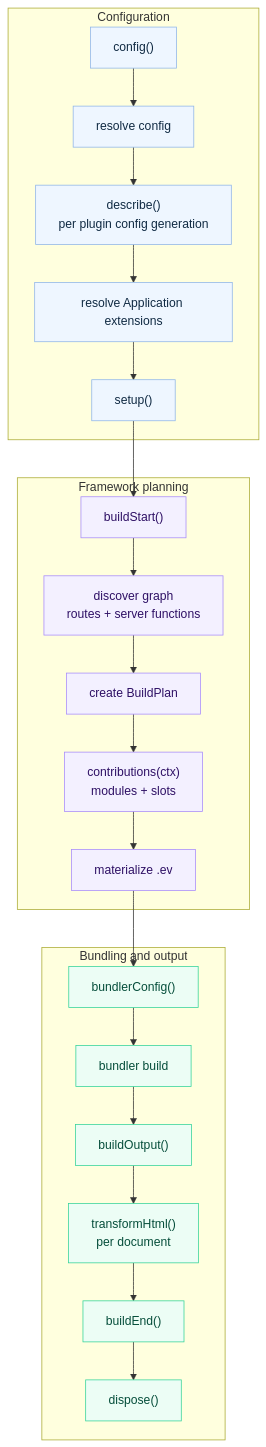
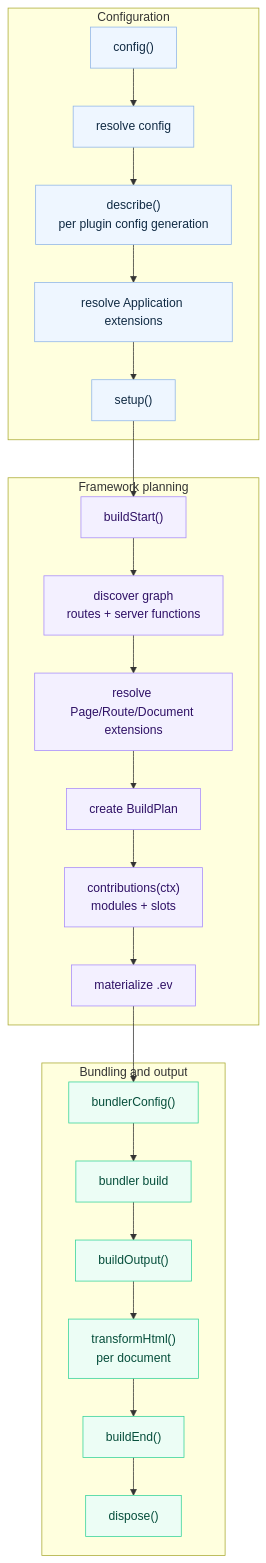
Before and after one commit to afx-team/evjs: the diagram in docs/docs/plugins.md, drawn with Mermaid. The commit also changed other lines of this file and 66 other files, not shown here.

````diff
--- a/docs/docs/plugins.md
+++ b/docs/docs/plugins.md
@@ -274,38 +283,39 @@
 ```mermaid
 flowchart TB
   subgraph Configure["Configuration"]
     Config["config()"]
     Resolve["resolve config"]
     Describe["describe()\nper plugin config generation"]
     AppExtensions["resolve Application extensions"]
     Setup["setup()"]
   end
 
   subgraph Plan["Framework planning"]
     BuildStart["buildStart()"]
     Graph["discover graph\nroutes + server functions"]
+    GraphExtensions["resolve Page/Route/Document extensions"]
     BuildPlan["create BuildPlan"]
     Contributions["contributions(ctx)\nmodules + slots"]
     IR["materialize .ev"]
   end
 
   subgraph Build["Bundling and output"]
     BundlerConfig["bundlerConfig()"]
     Bundler["bundler build"]
     BuildOutput["buildOutput()"]
     HTML["transformHtml()\nper document"]
     BuildEnd["buildEnd()"]
     Dispose["dispose()"]
   end
 
-  Config --> Resolve --> Describe --> AppExtensions --> Setup --> BuildStart --> Graph --> BuildPlan
+  Config --> Resolve --> Describe --> AppExtensions --> Setup --> BuildStart --> Graph --> GraphExtensions --> BuildPlan
   BuildPlan --> Contributions --> IR --> BundlerConfig --> Bundler
   Bundler --> BuildOutput --> HTML --> BuildEnd --> Dispose
 
   classDef config fill:#eef6ff,stroke:#8fb5e8,color:#102a43;
   classDef plan fill:#f3f0ff,stroke:#a78bfa,color:#2e1065;
   classDef build fill:#ecfdf5,stroke:#34d399,color:#064e3b;
   class Config,Resolve,Describe,AppExtensions,Setup config;
-  class BuildStart,Graph,BuildPlan,Contributions,IR plan;
+  class BuildStart,Graph,GraphExtensions,BuildPlan,Contributions,IR plan;
   class BundlerConfig,Bundler,BuildOutput,HTML,BuildEnd,Dispose build;
 ```
````
